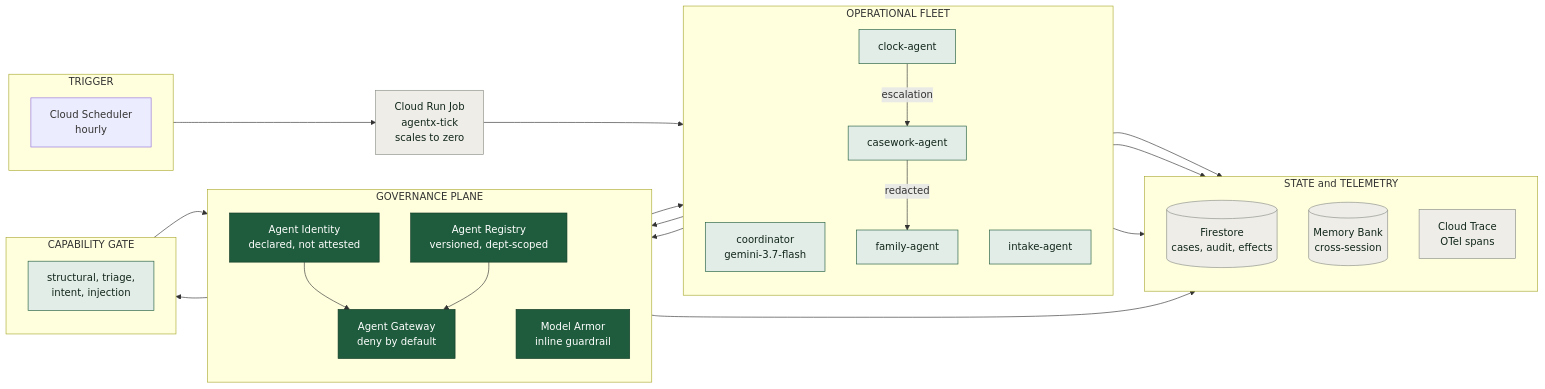
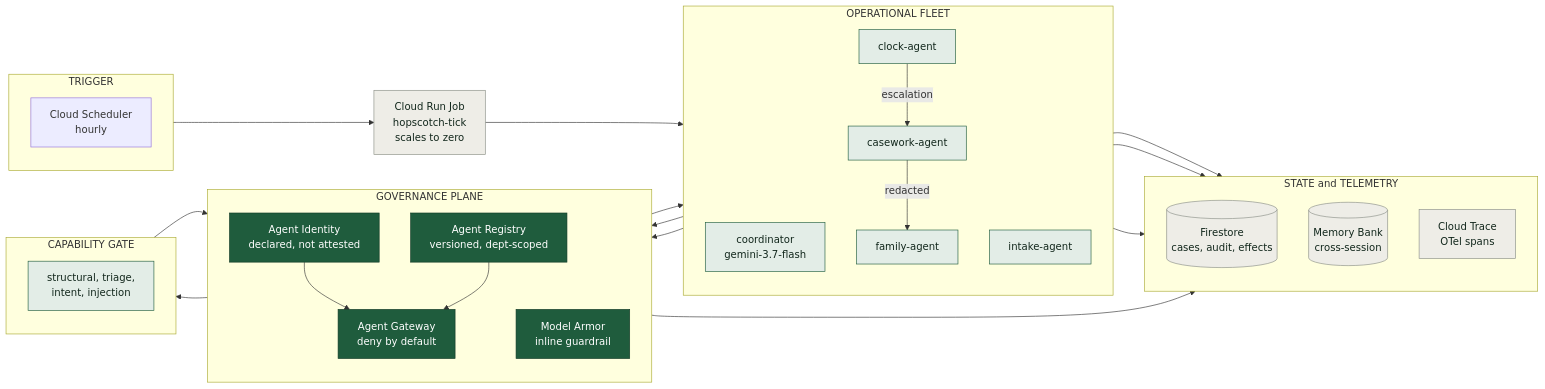
Before and after one commit to Aditya-galaxy/Hopscotch: the diagram in docs/diagrams/01-system-overview.mmd, drawn with Mermaid. The commit also changed 59 other files, not shown here.

```diff
--- a/docs/diagrams/01-system-overview.mmd
+++ b/docs/diagrams/01-system-overview.mmd
@@ -1,59 +1,59 @@
 flowchart LR
     subgraph TRIG["TRIGGER"]
         direction TB
         SCH["Cloud Scheduler<br/>hourly"]
     end
 
-    JOB["Cloud Run Job<br/>agentx-tick<br/>scales to zero"]
+    JOB["Cloud Run Job<br/>hopscotch-tick<br/>scales to zero"]
 
     subgraph GOV["GOVERNANCE PLANE"]
         direction TB
         GW["Agent Gateway<br/>deny by default"]
         ID["Agent Identity<br/>declared, not attested"]
         REG["Agent Registry<br/>versioned, dept-scoped"]
         MA["Model Armor<br/>inline guardrail"]
     end
 
     subgraph FLEET["OPERATIONAL FLEET"]
         direction TB
         CO["coordinator<br/>gemini-3.7-flash"]
         IN["intake-agent"]
         CL["clock-agent"]
         CW["casework-agent"]
         FA["family-agent"]
     end
 
     subgraph GATE["CAPABILITY GATE"]
         direction TB
         RV["structural, triage,<br/>intent, injection"]
     end
 
     subgraph STATE["STATE and TELEMETRY"]
         direction TB
         FS[("Firestore<br/>cases, audit, effects")]
         MB[("Memory Bank<br/>cross-session")]
         CT["Cloud Trace<br/>OTel spans"]
     end
 
     SCH --> JOB
     JOB --> CO
     CO --> GW
     ID --> GW
     REG --> GW
     GW --> FLEET
     CL -->|escalation| CW
     CW -->|redacted| FA
     IN --> MA
     MA --> RV
     RV --> REG
     FLEET --> FS
     FA --> MB
     CO --> CT
     GW --> FS
 
     classDef gov fill:#1F5C3D,stroke:#123a26,color:#ffffff
     classDef fleet fill:#E3EDE7,stroke:#1F5C3D,color:#12271c
     classDef store fill:#EEEDE7,stroke:#8a8f86,color:#12271c
     class GW,ID,REG,MA gov
     class CO,IN,CL,CW,FA,RV fleet
     class FS,MB,CT,JOB store
```
